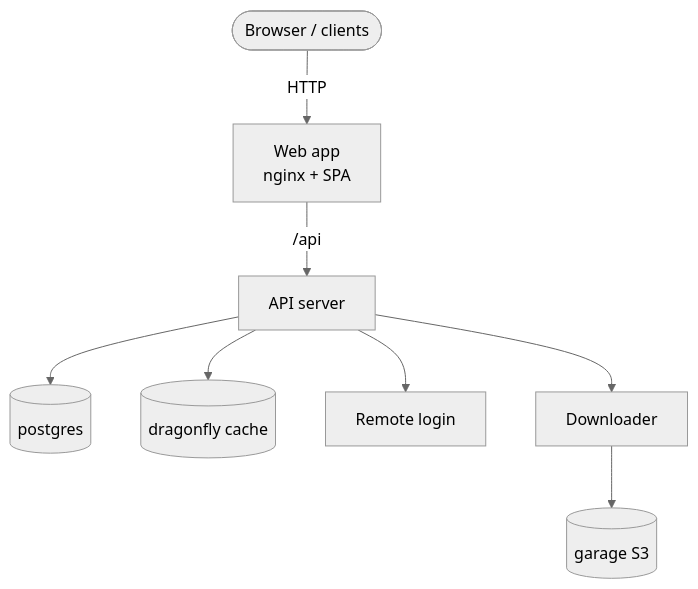
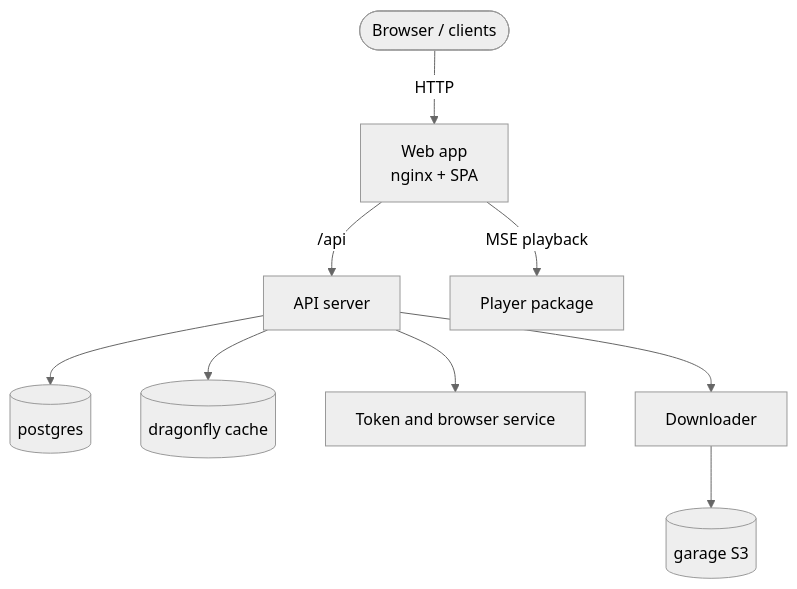
The diagram in docs/self-hosting/introduction.md (TypeType-Video/Docs-TypeType), drawn with Mermaid (neutral theme) before and after one commit. The commit also changed other lines of this file and 10 other files, not shown here.

````diff
--- a/docs/self-hosting/introduction.md
+++ b/docs/self-hosting/introduction.md
@@ -31,10 +30,11 @@
 ```mermaid
 flowchart TD
     user([Browser / clients]) -->|HTTP| web[Web app<br/>nginx + SPA]
     web -->|/api| server[API server]
+    web -->|MSE playback| player[Player package]
     server --> pg[(postgres)]
     server --> df[(dragonfly cache)]
-    server --> token[Remote login]
+    server --> token[Token and browser service]
     server --> dl[Downloader]
     dl --> garage[(garage S3)]
 ```
````
